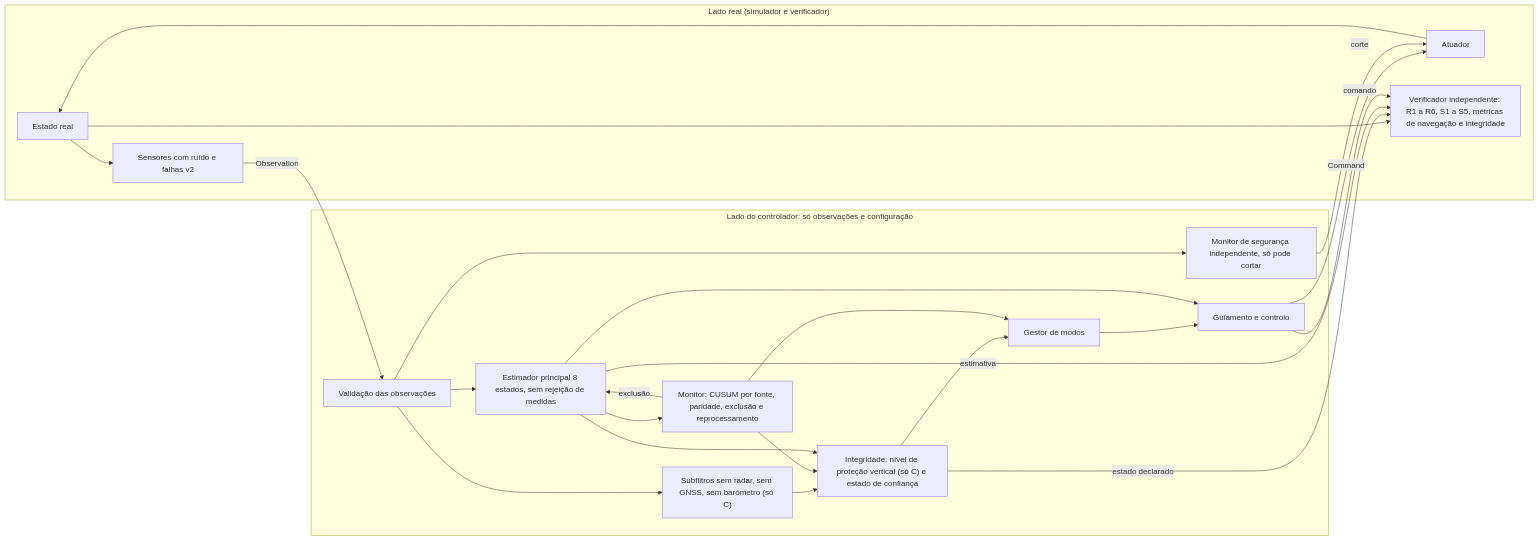
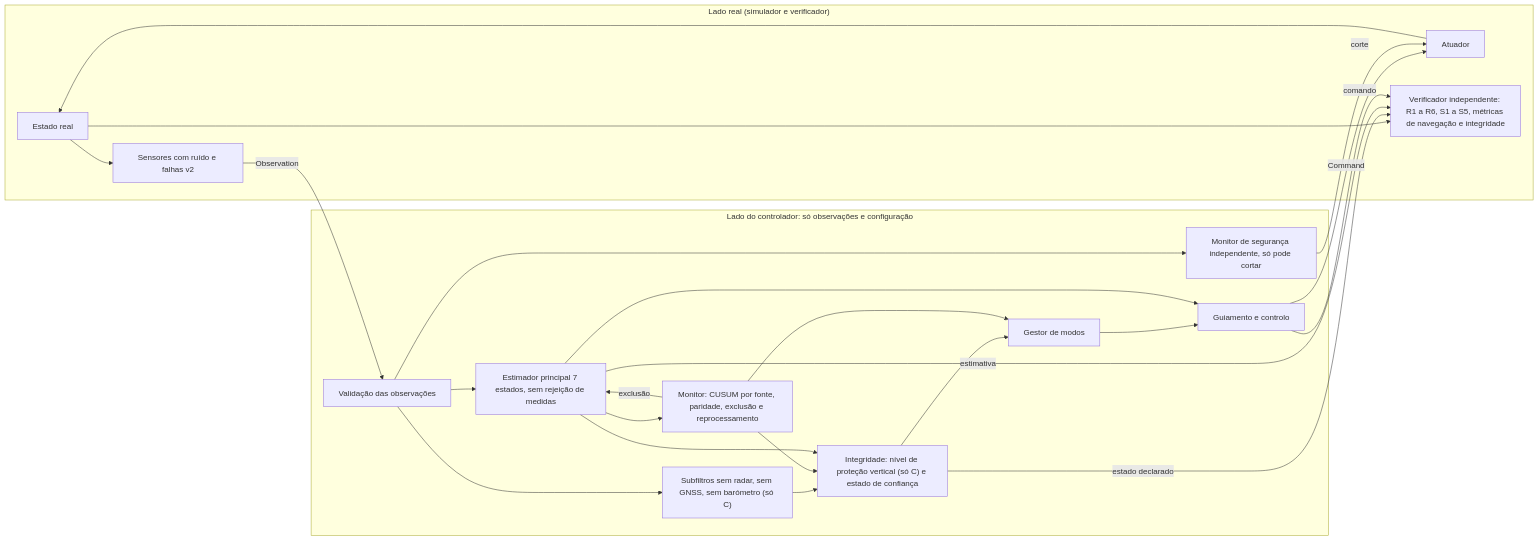
One commit to DoArtMonteiro/autonomous-systems-vv-lab changed the diagram in docs/m10-resilient-navigation.md. Above: the diagram before and after it, drawn with Mermaid. The commit also changed other lines of this file and 1 other file, not shown here.

````diff
--- a/docs/m10-resilient-navigation.md
+++ b/docs/m10-resilient-navigation.md
@@ -468,40 +470,40 @@
 ```mermaid
 flowchart LR
     subgraph REAL["Lado real (simulador e verificador)"]
         TRUTH["Estado real"]
         SENS["Sensores com ruído e falhas v2"]
         ACT["Atuador"]
         VERIF["Verificador independente: R1 a R6, S1 a S5, métricas de navegação e integridade"]
     end
     subgraph CTRL["Lado do controlador: só observações e configuração"]
         VAL["Validação das observações"]
-        EST["Estimador principal 8 estados, sem rejeição de medidas"]
+        EST["Estimador principal 7 estados, sem rejeição de medidas"]
         SUB["Subfiltros sem radar, sem GNSS, sem barómetro (só C)"]
         FDI["Monitor: CUSUM por fonte, paridade, exclusão e reprocessamento"]
         INT["Integridade: nível de proteção vertical (só C) e estado de confiança"]
         MODE["Gestor de modos"]
         GUID["Guiamento e controlo"]
         SAFE["Monitor de segurança independente, só pode cortar"]
     end
     TRUTH --> SENS
     SENS -->|"Observation"| VAL
     VAL --> EST
     VAL --> SUB
     EST --> FDI
     FDI -->|"exclusão"| EST
     SUB --> INT
     FDI --> INT
     EST --> INT
     INT --> MODE
     FDI --> MODE
     MODE --> GUID
     EST --> GUID
     GUID -->|"Command"| ACT
     VAL --> SAFE
     SAFE -->|"corte"| ACT
     ACT --> TRUTH
     TRUTH --> VERIF
     INT -->|"estado declarado"| VERIF
     EST -->|"estimativa"| VERIF
     GUID -->|"comando"| VERIF
 ```
````
